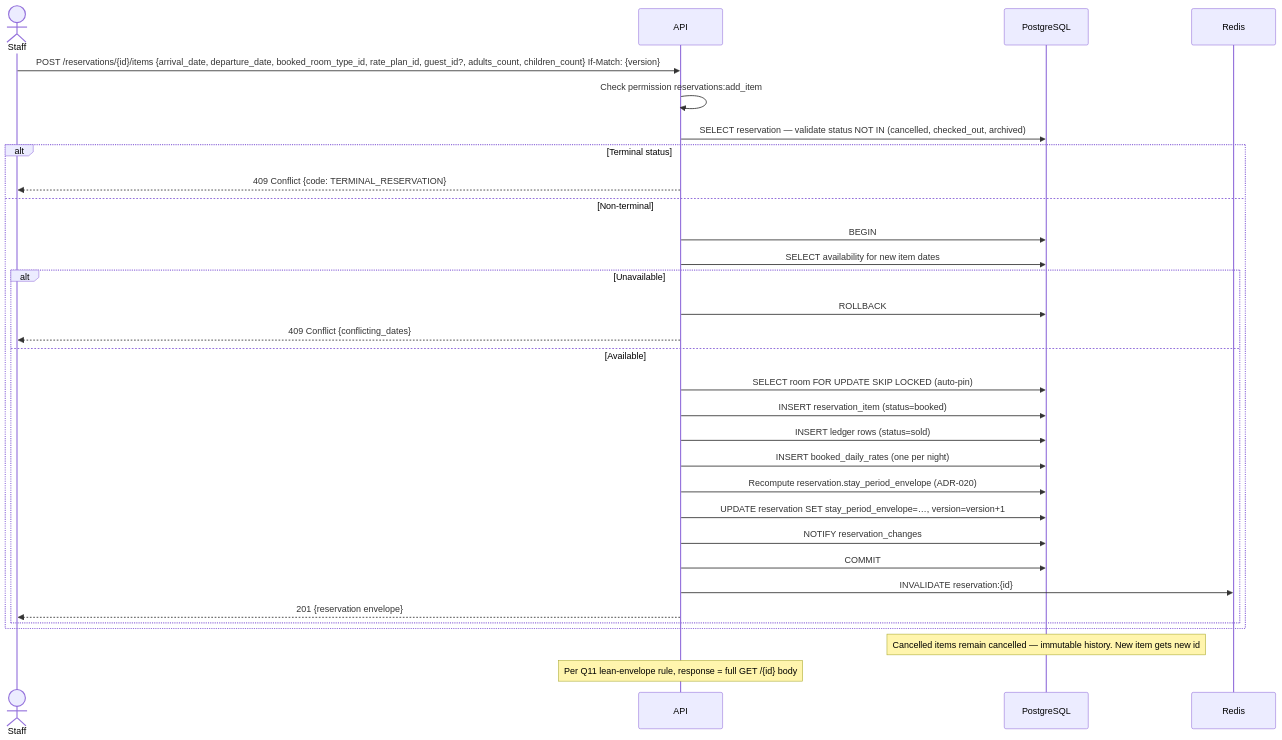
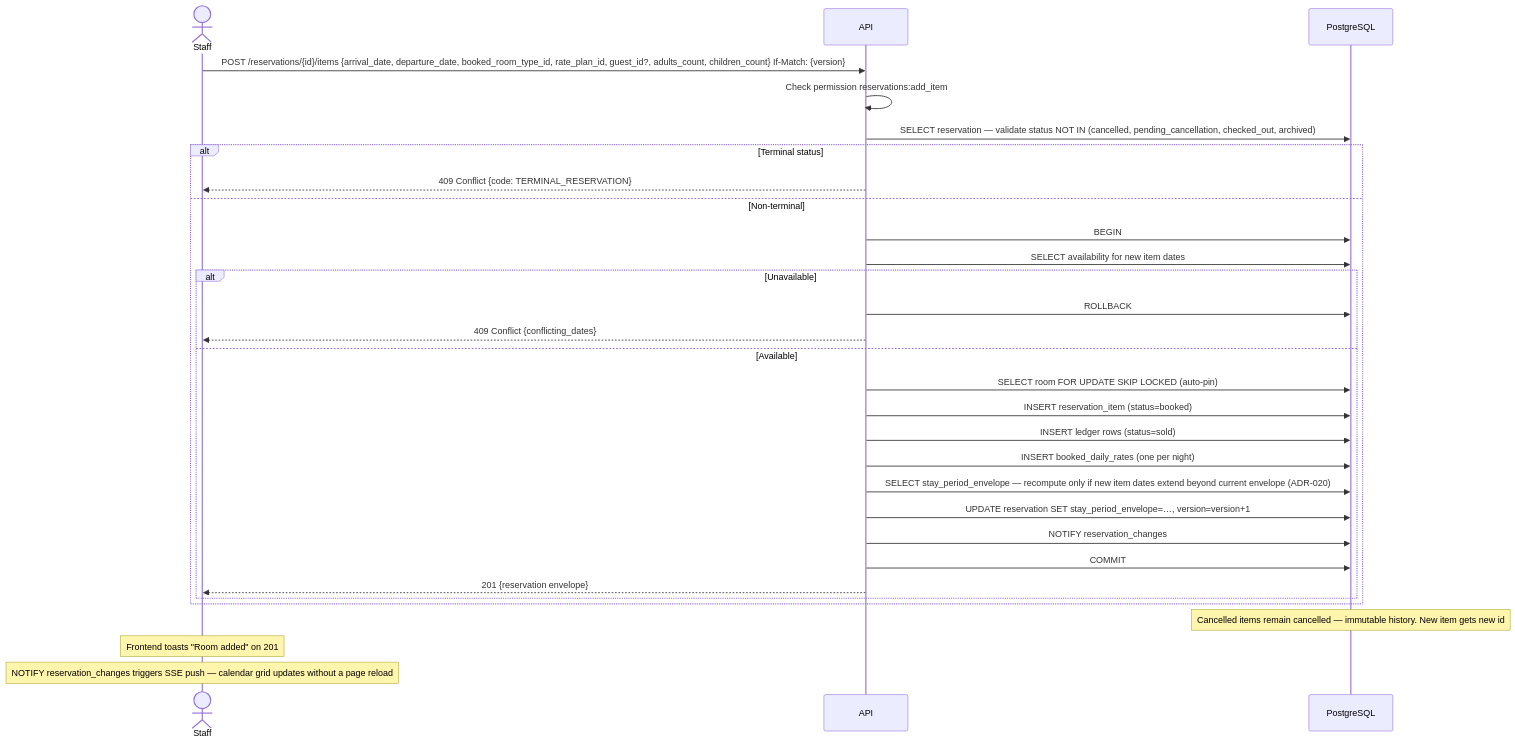
Diagram 13 of 33 in docs/flows/reservations.md (mallytj/yop-pms), drawn with Mermaid before and after one commit. The commit also changed other lines of this file, not shown here.

Commit message:
docs(reservations): update the flows post review

````diff
--- a/docs/flows/reservations.md
+++ b/docs/flows/reservations.md
@@ -582,35 +663,34 @@
 ```mermaid
 sequenceDiagram
     actor Staff
     participant API
     participant DB as PostgreSQL
-    participant Redis
 
     Staff->>API: POST /reservations/{id}/items {arrival_date, departure_date, booked_room_type_id, rate_plan_id, guest_id?, adults_count, children_count} If-Match: {version}
     API->>API: Check permission reservations:add_item
-    API->>DB: SELECT reservation — validate status NOT IN (cancelled, checked_out, archived)
+    API->>DB: SELECT reservation — validate status NOT IN (cancelled, pending_cancellation, checked_out, archived)
     alt Terminal status
         API-->>Staff: 409 Conflict {code: TERMINAL_RESERVATION}
     else Non-terminal
         API->>DB: BEGIN
         API->>DB: SELECT availability for new item dates
         alt Unavailable
             API->>DB: ROLLBACK
             API-->>Staff: 409 Conflict {conflicting_dates}
         else Available
             API->>DB: SELECT room FOR UPDATE SKIP LOCKED (auto-pin)
             API->>DB: INSERT reservation_item (status=booked)
             API->>DB: INSERT ledger rows (status=sold)
             API->>DB: INSERT booked_daily_rates (one per night)
-            API->>DB: Recompute reservation.stay_period_envelope (ADR-020)
+            API->>DB: SELECT stay_period_envelope — recompute only if new item dates extend beyond current envelope (ADR-020)
             API->>DB: UPDATE reservation SET stay_period_envelope=…, version=version+1
             API->>DB: NOTIFY reservation_changes
             API->>DB: COMMIT
-            API->>Redis: INVALIDATE reservation:{id}
             API-->>Staff: 201 {reservation envelope}
         end
     end
 
     Note over DB: Cancelled items remain cancelled — immutable history. New item gets new id
-    Note over API: Per Q11 lean-envelope rule, response = full GET /{id} body
+    Note over Staff: Frontend toasts "Room added" on 201
+    Note over Staff: NOTIFY reservation_changes triggers SSE push — calendar grid updates without a page reload
 ```
````
